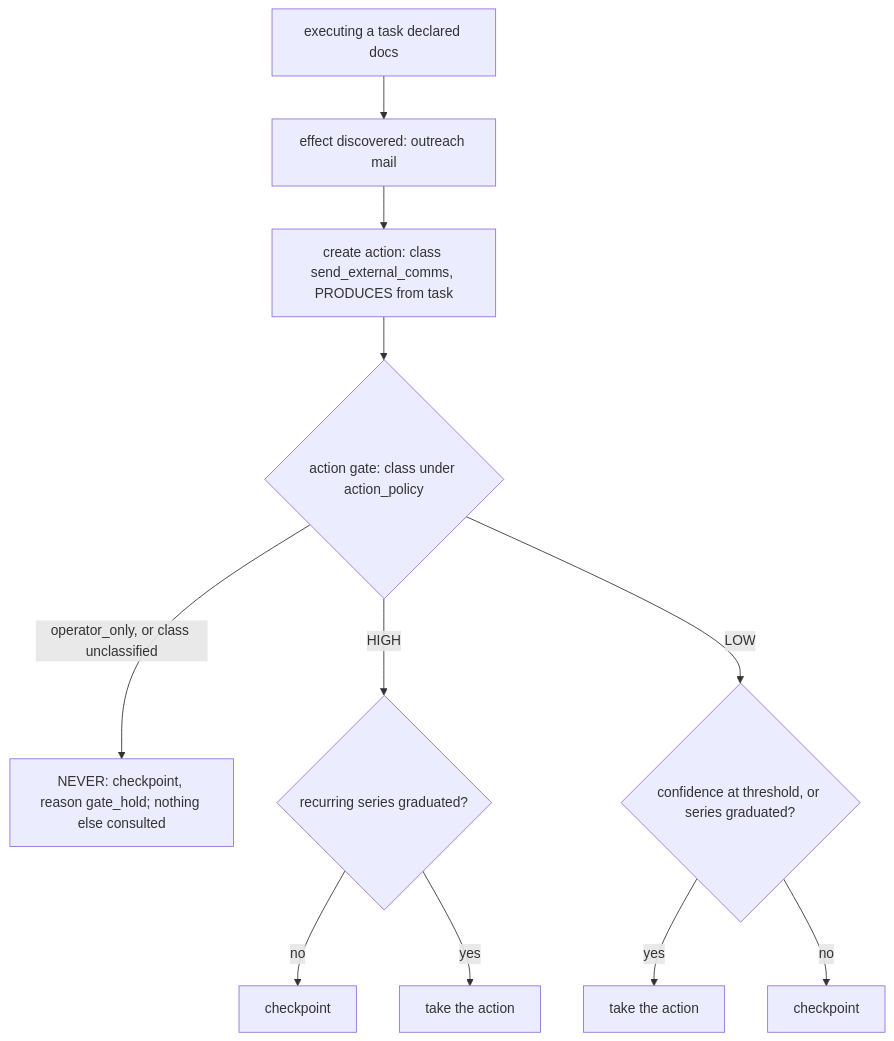
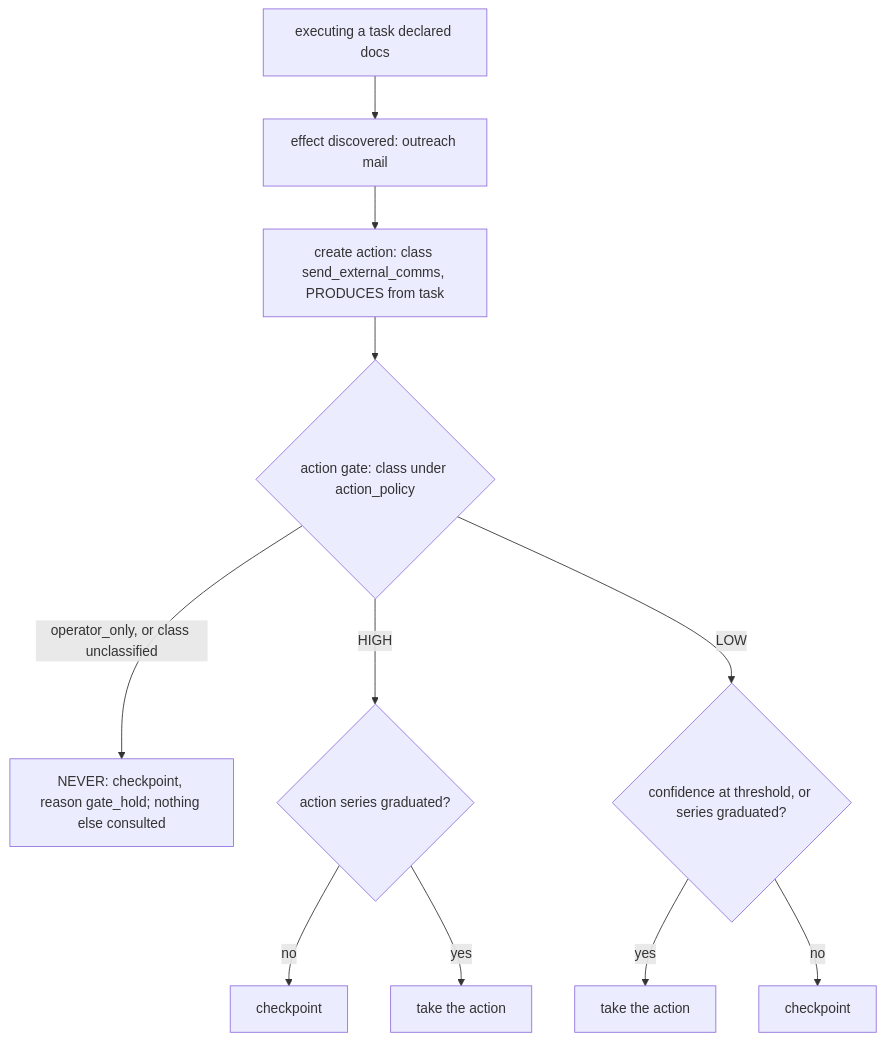
Before and after one commit to markmhendrickson/ateles: the fourth of 6 diagrams in docs/foundation/scenarios_extended.md, drawn with Mermaid. The commit also changed other lines of this file and 8 other files, not shown here.

````diff
--- a/docs/foundation/scenarios_extended.md
+++ b/docs/foundation/scenarios_extended.md
@@ -123,13 +123,13 @@
 ```mermaid
 flowchart TD
     W[executing a task declared docs] --> D[effect discovered: outreach mail]
     D --> A[create action: class send_external_comms, PRODUCES from task]
     A --> G{action gate: class under action_policy}
     G -->|operator_only, or class unclassified| N[NEVER: checkpoint, reason gate_hold; nothing else consulted]
-    G -->|HIGH| H{recurring series graduated?}
+    G -->|HIGH| H{action series graduated?}
     H -->|no| HB[checkpoint]
     H -->|yes| HX[take the action]
     G -->|LOW| L{confidence at threshold, or series graduated?}
     L -->|yes| LX[take the action]
     L -->|no| LB[checkpoint]
 ```
````
